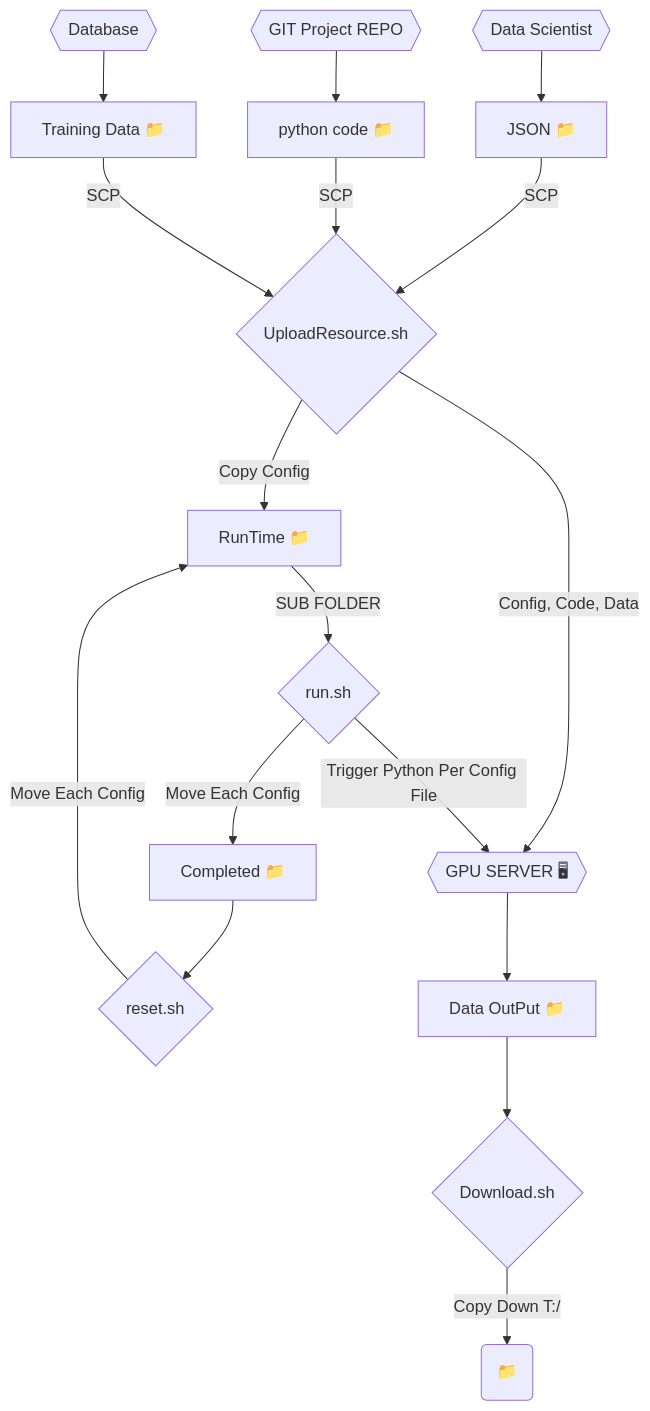
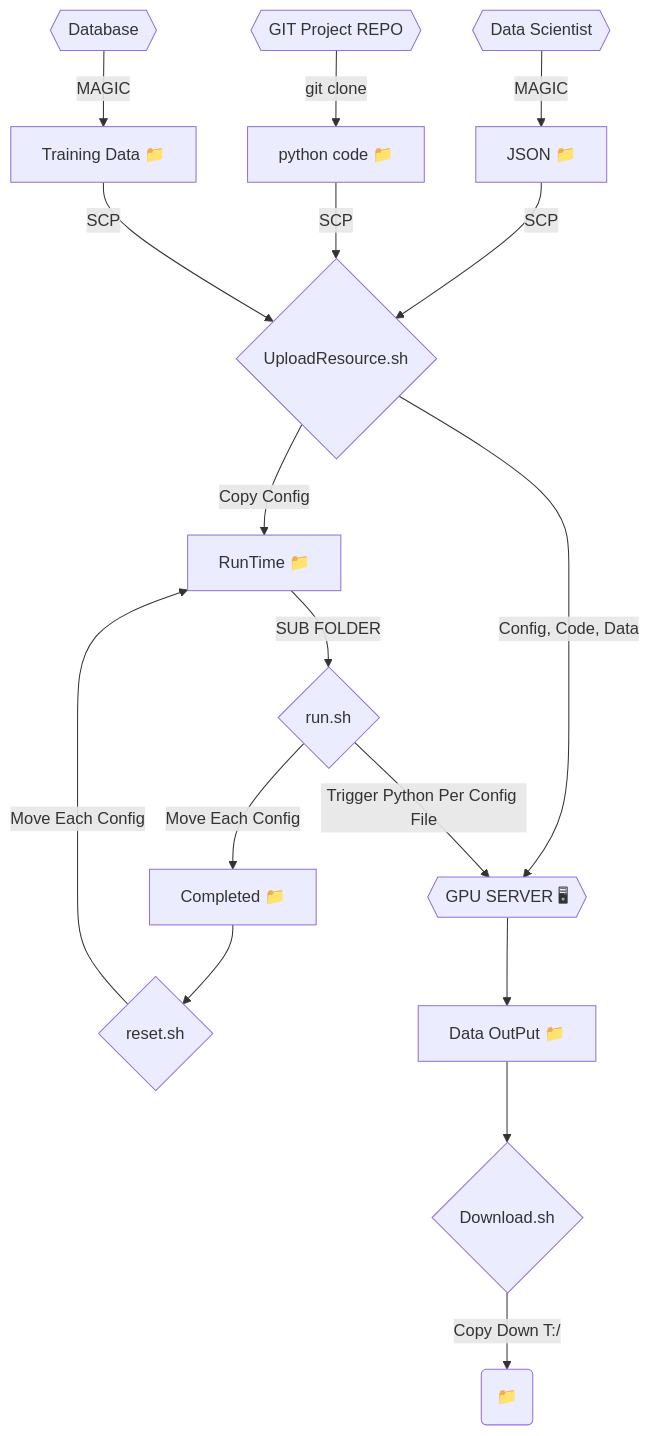
Before and after one commit to hung135/gpu_tasker: the diagram in flow_chart.md, drawn with Mermaid.

````diff
--- a/flow_chart.md
+++ b/flow_chart.md
@@ -2,30 +2,30 @@
 ```mermaid
 graph TD
 
     AA{{GIT Project REPO}}
     CC{{"Database"}}
     BB{{"Data Scientist"}}
-    AA-->B
+    AA-->|git clone|B
     A["JSON #128193;"] -->|SCP| F
     B -->|SCP| F
     C -->|SCP| F   
     B["python code #128193;"]
-    BB-->A
-    CC-->C
+    BB-->|MAGIC|A
+    CC-->|MAGIC|C
     C["Training Data #128193;"]
     D["RunTime #128193;"] 
     E["Completed #128193;"]-->L
     F{UploadResource.sh}-->|Config, Code, Data|G
     F -->|Copy Config|D
     G{{"GPU SERVER #128421;"}}
     H{run.sh}-->|Move Each Config|E 
     H-->|Trigger Python Per Config File|G 
     D -->|SUB FOLDER| H
     G-->II["Data OutPut #128193;"]-->I
     I{Download.sh}-->|"Copy Down T:/"|J
     J("#128193;")
       L{reset.sh}-->|Move Each Config|D
     
     
     
 ```
````
